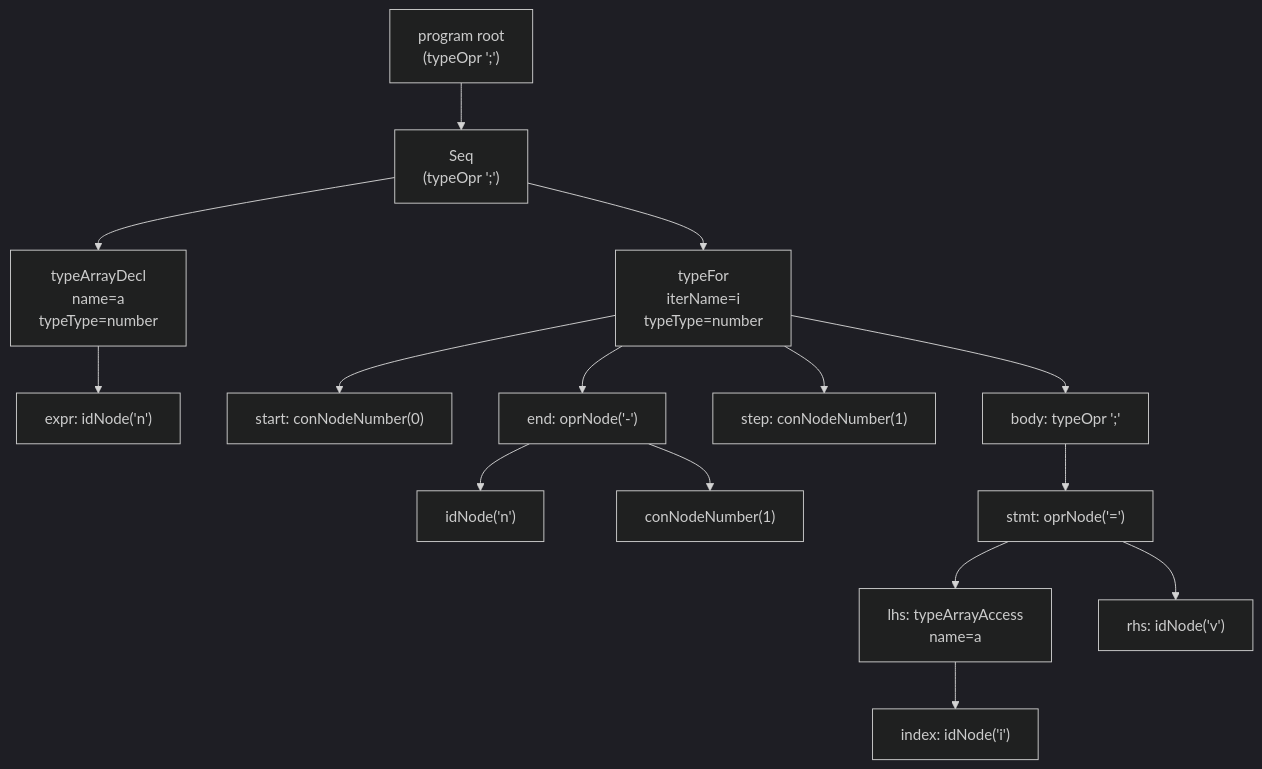
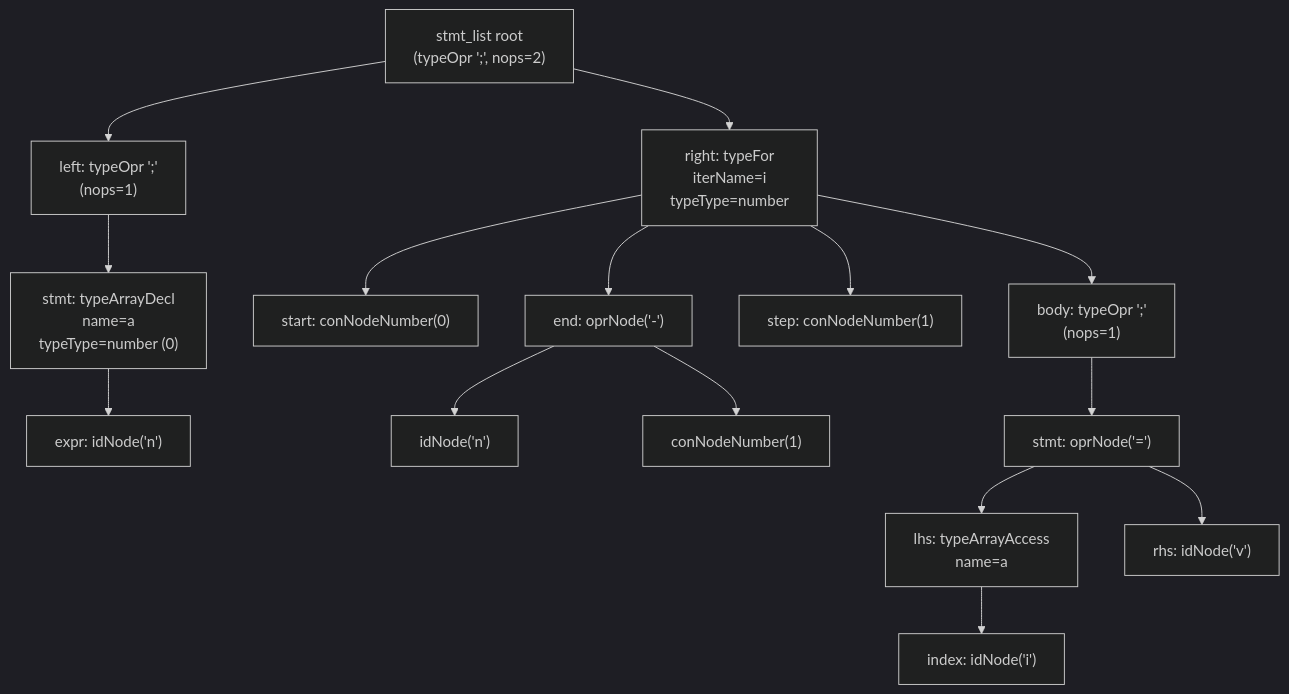
One commit to Spencer-1S/VJC changed the diagram in AST_DIAGRAM.md. Above: the diagram before and after it, drawn with Mermaid (dark theme). The commit also changed other lines of this file, not shown here.

Commit message:
updated AST_DIAGRAM

````diff
--- a/AST_DIAGRAM.md
+++ b/AST_DIAGRAM.md
@@ -14,20 +14,21 @@
 ```mermaid
 flowchart TD
-    Root["program root<br/>(typeOpr ';')"] --> Seq1["Seq<br/>(typeOpr ';')"]
-    Seq1 --> ArrDecl["typeArrayDecl<br/>name=a<br/>typeType=number"]
-    Seq1 --> ForNode["typeFor<br/>iterName=i<br/>typeType=number"]
+    Root["stmt_list root<br/>(typeOpr ';', nops=2)"] --> LeftList["left: typeOpr ';'<br/>(nops=1)"]
+    Root --> ForNode["right: typeFor<br/>iterName=i<br/>typeType=number"]
+
+    LeftList --> ArrDecl["stmt: typeArrayDecl<br/>name=a<br/>typeType=number (0)"]
 
     ArrDecl --> SizeExpr["expr: idNode('n')"]
 
     ForNode --> Start["start: conNodeNumber(0)"]
     ForNode --> End["end: oprNode('-')"]
     End --> EndL["idNode('n')"]
     End --> EndR["conNodeNumber(1)"]
     ForNode --> Step["step: conNodeNumber(1)"]
-    ForNode --> Body["body: typeOpr ';'"]
+    ForNode --> Body["body: typeOpr ';'<br/>(nops=1)"]
 
     Body --> Assign["stmt: oprNode('=')"]
     Assign --> LHS["lhs: typeArrayAccess<br/>name=a"]
     LHS --> Index["index: idNode('i')"]
     Assign --> RHS["rhs: idNode('v')"]
 ```
````
